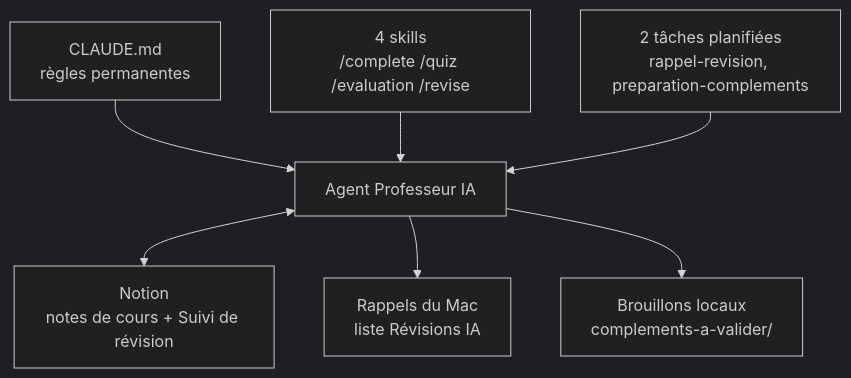
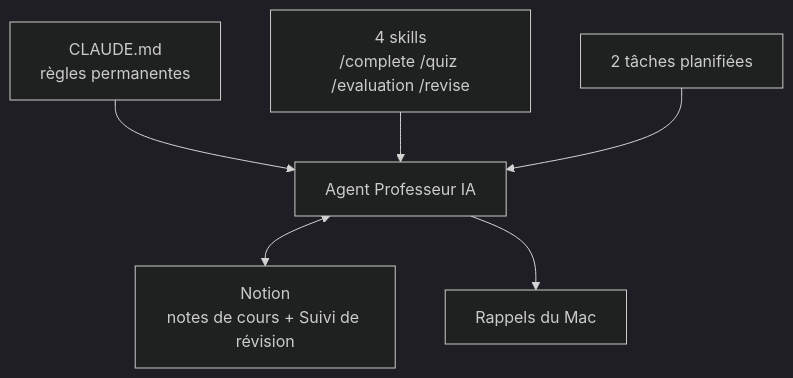
One commit to lamiabrisebarre/professeur-ia changed the diagram in README.md. Above: the diagram before and after it, drawn with Mermaid (dark theme). The commit also changed other lines of this file and 7 other files, not shown here.

````diff
--- a/README.md
+++ b/README.md
@@ -19,9 +19,8 @@
 ```mermaid
 flowchart TD
     A[CLAUDE.md<br>règles permanentes] --> E[Agent Professeur IA]
     B[4 skills<br>/complete /quiz /evaluation /revise] --> E
-    C[2 tâches planifiées<br>rappel-revision, preparation-complements] --> E
+    C[2 tâches planifiées] --> E
     E <--> D[Notion<br>notes de cours + Suivi de révision]
-    E --> F[Rappels du Mac<br>liste Révisions IA]
-    E --> G[Brouillons locaux<br>complements-a-valider/]
+    E --> F[Rappels du Mac]
 ```
````
